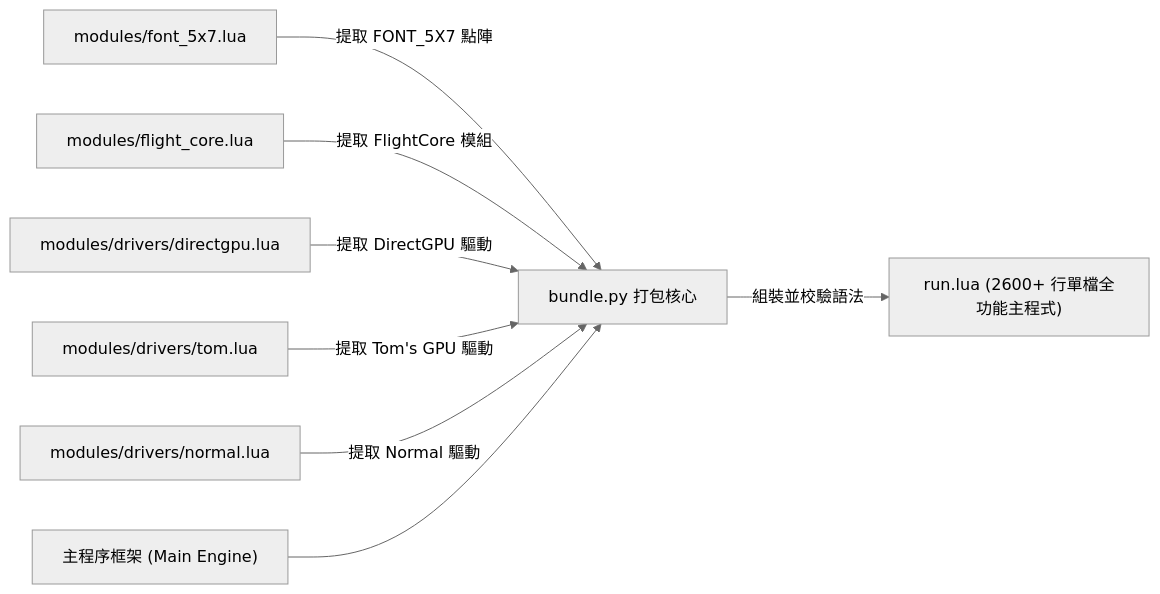
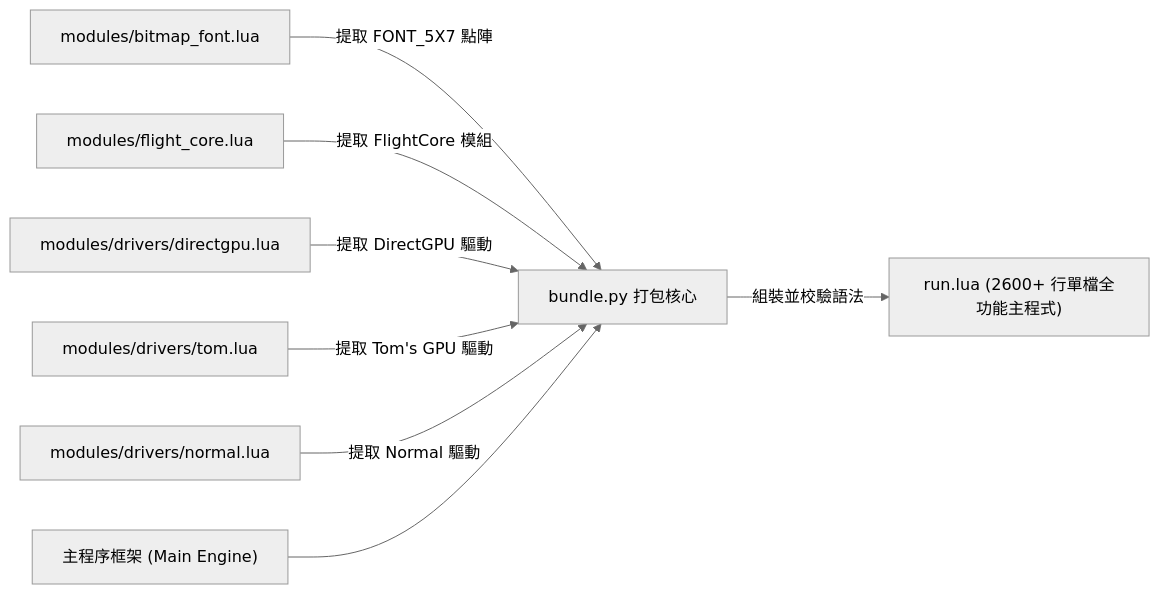
Before and after one commit to chiliasmstudio/CC-AeroAutoPilot: the third of 3 diagrams in wiki.md, drawn with Mermaid (neutral theme). The commit also changed other lines of this file and 5 other files, not shown here.

Commit message:
refactor(font): rename font_5x7.lua to bitmap_font.lua to clarify library purpose

````diff
--- a/wiki.md
+++ b/wiki.md
@@ -280,10 +280,10 @@
 ```mermaid
 flowchart LR
-    A["modules/font_5x7.lua"] -->|提取 FONT_5X7 點陣| B["bundle.py 打包核心"]
+    A["modules/bitmap_font.lua"] -->|提取 FONT_5X7 點陣| B["bundle.py 打包核心"]
     C["modules/flight_core.lua"] -->|提取 FlightCore 模組| B
     D["modules/drivers/directgpu.lua"] -->|提取 DirectGPU 驅動| B
     E["modules/drivers/tom.lua"] -->|提取 Tom's GPU 驅動| B
     F["modules/drivers/normal.lua"] -->|提取 Normal 驅動| B
     G["主程序框架 (Main Engine)"] --> B
     B -->|組裝並校驗語法| H["run.lua (2600+ 行單檔全功能主程式)"]
 ```
````
